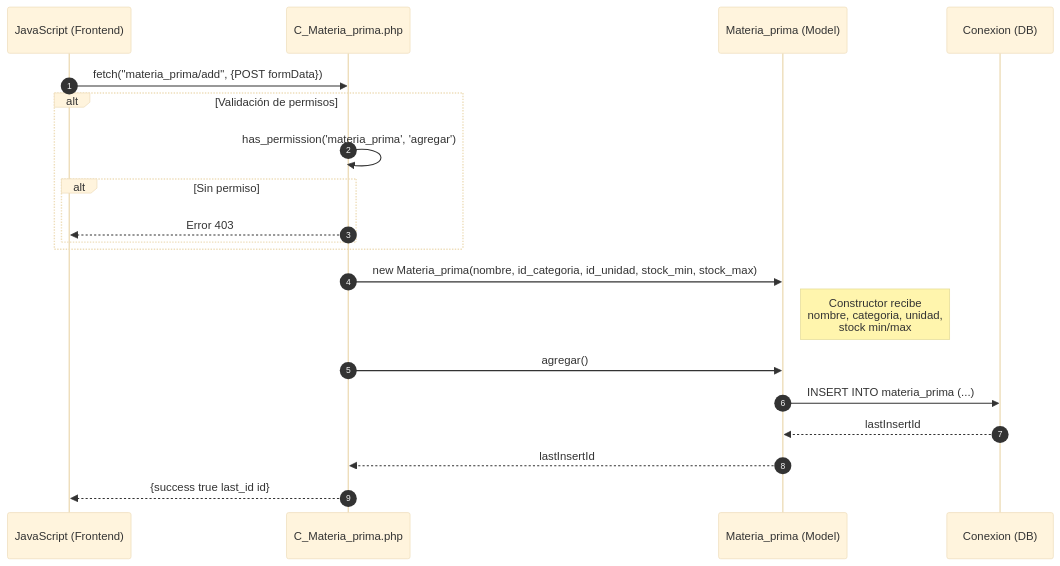
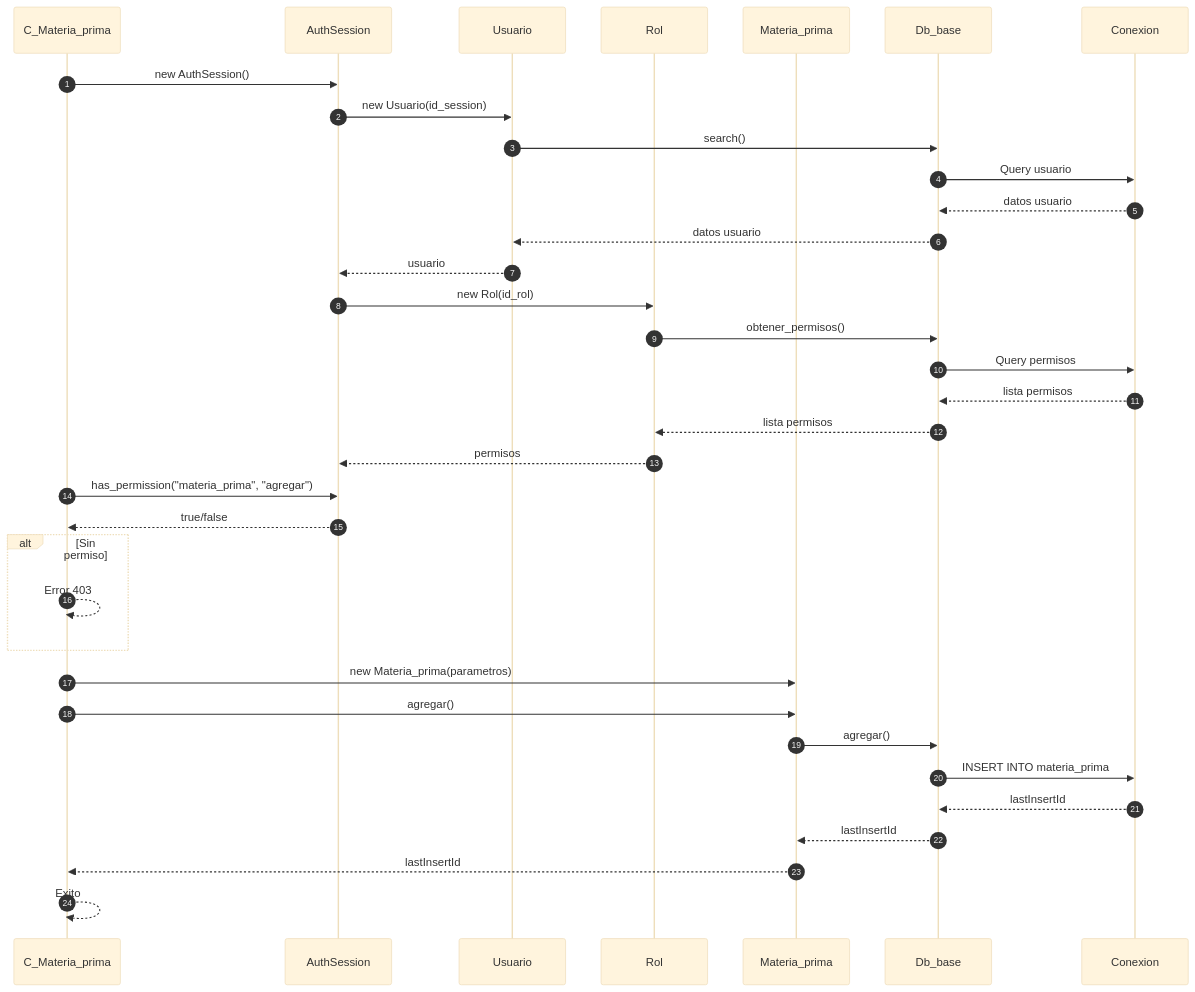
Before and after one commit to Tecrato/BurgerHouse: the first of 5 diagrams in docs/secuencia/materia_prima/materia_prima.md, drawn with Mermaid (base theme). The commit also changed other lines of this file and 13 other files, not shown here.

First line of the commit message:
diagramas actualizaos

````diff
--- a/docs/secuencia/materia_prima/materia_prima.md
+++ b/docs/secuencia/materia_prima/materia_prima.md
@@ -5,27 +5,43 @@
 ```mermaid
 sequenceDiagram
     autonumber
-    participant JS as JavaScript (Frontend)
-    participant C_Materia_prima as C_Materia_prima.php
-    participant Materia_prima as Materia_prima (Model)
-    participant DB as Conexion (DB)
+    participant C_Materia_prima as C_Materia_prima
+    participant AuthSession as AuthSession
+    participant Usuario as Usuario
+    participant Rol as Rol
+    participant Materia_prima as Materia_prima
+    participant Db_base as Db_base
+    participant Conexion as Conexion
     
-    JS->>C_Materia_prima: fetch("materia_prima/add", {POST formData})
+    C_Materia_prima->>AuthSession: new AuthSession()
+    AuthSession->>Usuario: new Usuario(id_session)
+    Usuario->>Db_base: search()
+    Db_base->>Conexion: Query usuario
+    Conexion-->>Db_base: datos usuario
+    Db_base-->>Usuario: datos usuario
+    Usuario-->>AuthSession: usuario
     
-    alt Validación de permisos
-        C_Materia_prima->>C_Materia_prima: has_permission('materia_prima', 'agregar')
-        alt Sin permiso
-            C_Materia_prima-->>JS: Error 403
-        end
+    AuthSession->>Rol: new Rol(id_rol)
+    Rol->>Db_base: obtener_permisos()
+    Db_base->>Conexion: Query permisos
+    Conexion-->>Db_base: lista permisos
+    Db_base-->>Rol: lista permisos
+    Rol-->>AuthSession: permisos
+    
+    C_Materia_prima->>AuthSession: has_permission("materia_prima", "agregar")
+    AuthSession-->>C_Materia_prima: true/false
+    
+    alt Sin permiso
+        C_Materia_prima-->>C_Materia_prima: Error 403
     end
     
-    C_Materia_prima->>Materia_prima: new Materia_prima(nombre, id_categoria, id_unidad, stock_min, stock_max)
-    Note right of Materia_prima: Constructor recibe<br/>nombre, categoria, unidad,<br/>stock min/max
-    
+    C_Materia_prima->>Materia_prima: new Materia_prima(parametros)
     C_Materia_prima->>Materia_prima: agregar()
-    Materia_prima->>DB: INSERT INTO materia_prima (...)
-    DB-->>Materia_prima: lastInsertId
+    Materia_prima->>Db_base: agregar()
+    Db_base->>Conexion: INSERT INTO materia_prima
+    Conexion-->>Db_base: lastInsertId
+    Db_base-->>Materia_prima: lastInsertId
     Materia_prima-->>C_Materia_prima: lastInsertId
     
-    C_Materia_prima-->>JS: {success true last_id id}
+    C_Materia_prima-->>C_Materia_prima: Exito
 ```
````
